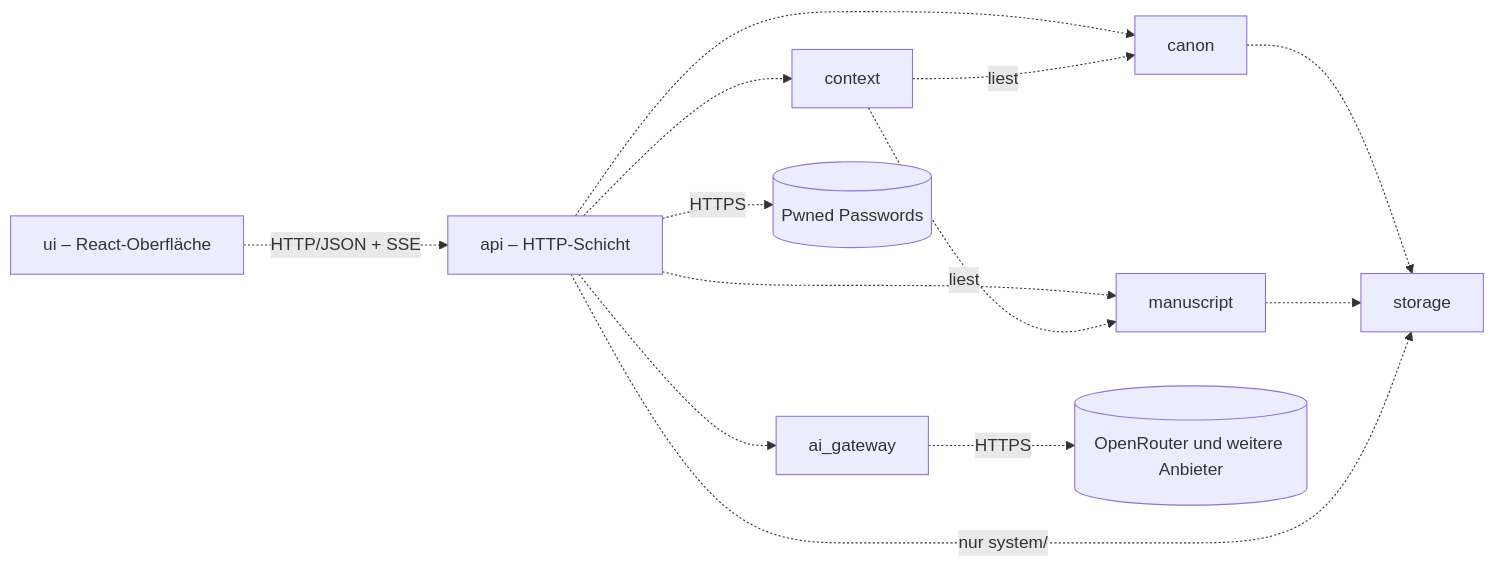
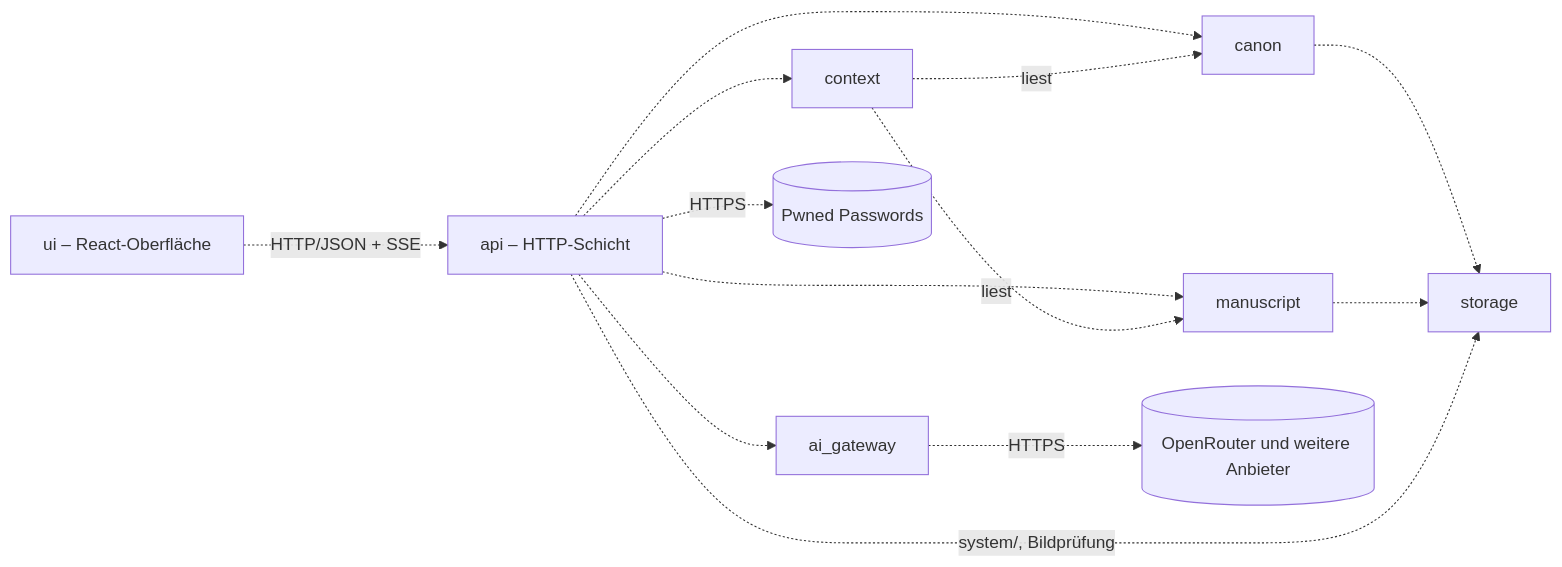
Before and after one commit to Paddel87/Skriptorium: the first of 2 diagrams in docs/architecture.md, drawn with Mermaid. The commit also changed other lines of this file and 13 other files, not shown here.

````diff
--- a/docs/architecture.md
+++ b/docs/architecture.md
@@ -37,15 +37,15 @@
 ```mermaid
 graph LR
   UI[ui – React-Oberfläche] -.->|HTTP/JSON + SSE| API[api – HTTP-Schicht]
   API -.-> CANON[canon]
   API -.-> MS[manuscript]
   API -.-> CTX[context]
   API -.-> AI[ai_gateway]
   CTX -.->|liest| CANON
   CTX -.->|liest| MS
   CANON -.-> STORE[storage]
   MS -.-> STORE
   AI -.->|HTTPS| OR[(OpenRouter und weitere Anbieter)]
-  API -.->|nur system/| STORE
+  API -.->|system/, Bildprüfung| STORE
   API -.->|HTTPS| HIBP[(Pwned Passwords)]
 ```
````
